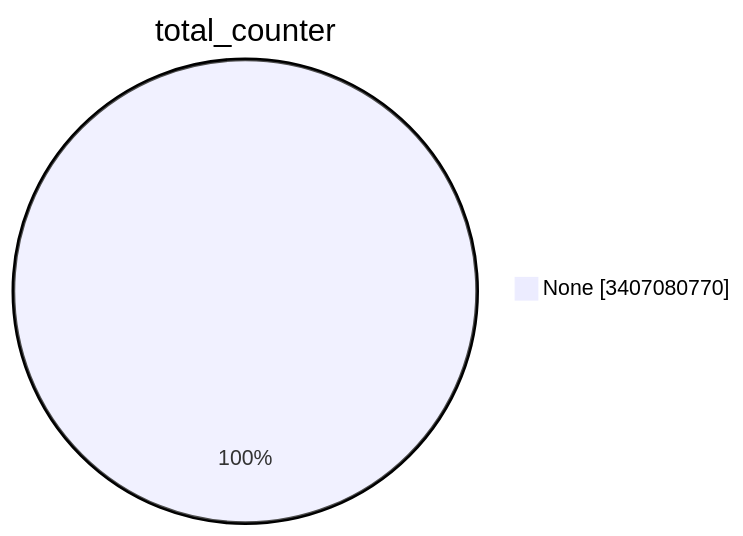
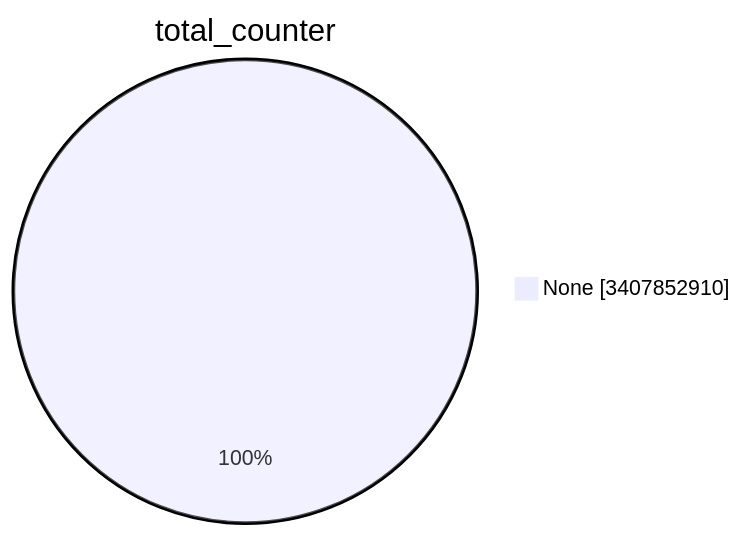
The first of 15 diagrams in TOTAL/README.md (christiankrug/ctmonitor_visualization), drawn with Mermaid before and after one commit. The commit also changed other lines of this file, not shown here.

````diff
--- a/TOTAL/README.md
+++ b/TOTAL/README.md
@@ -1,5 +1,5 @@
 ```mermaid
 pie showData
 title total_counter
-"None" :3407080770
+"None" :3407852910
 ```
````
